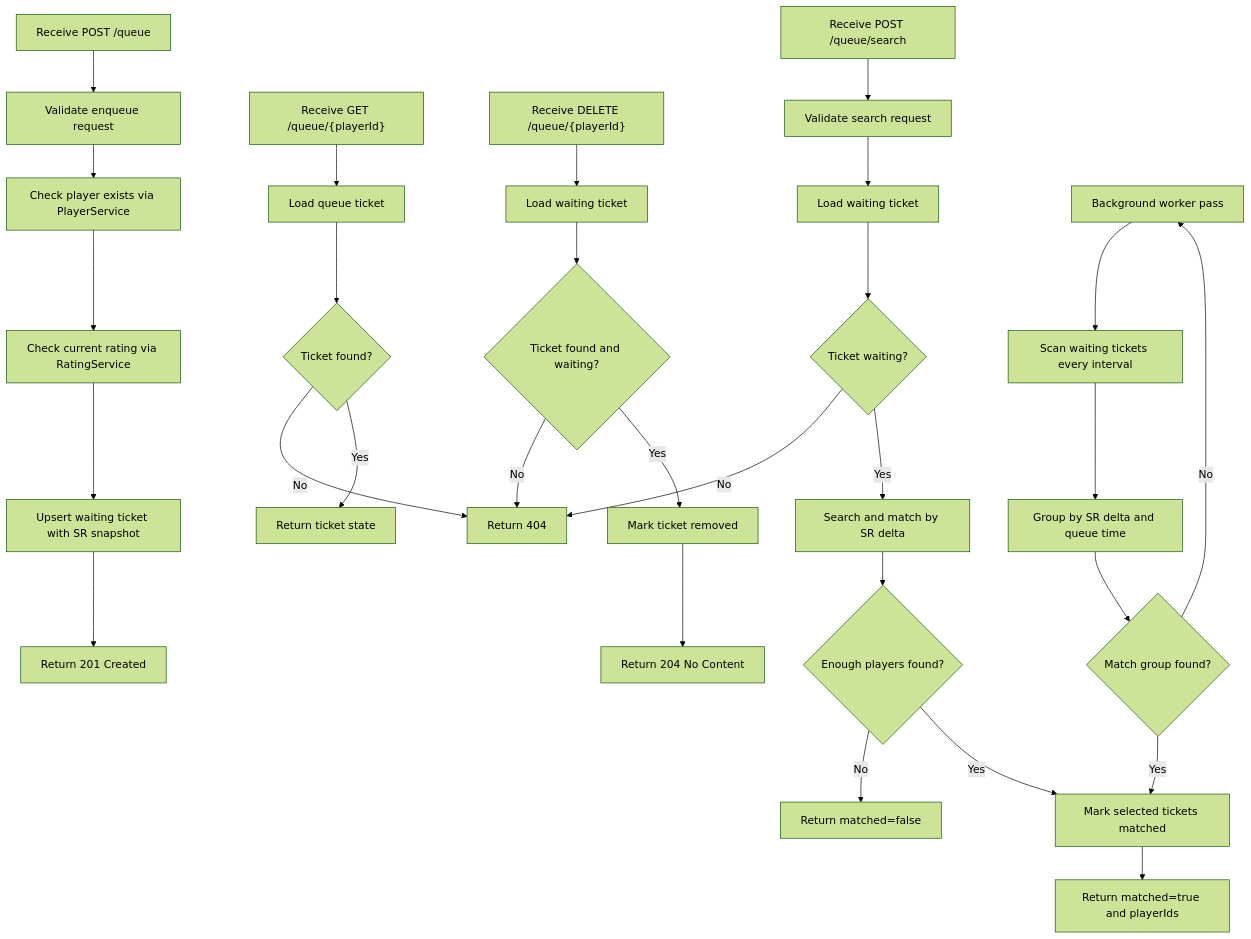
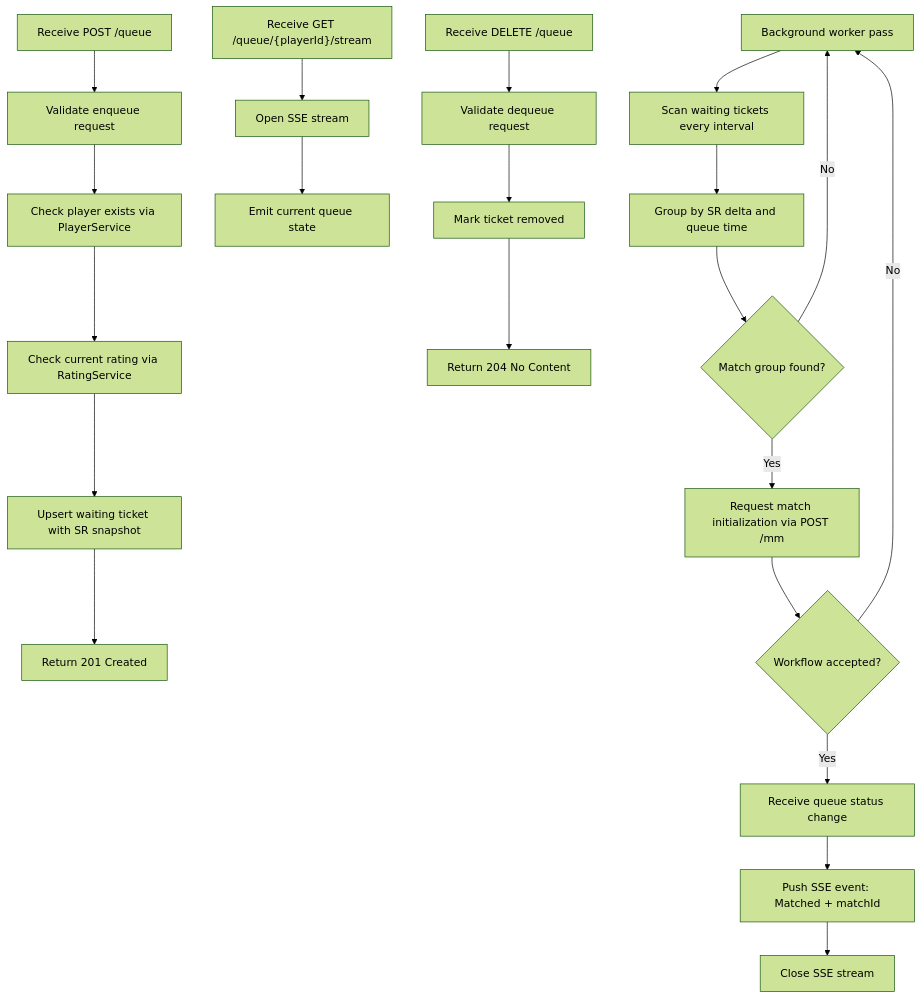
The fifth of 7 diagrams in docs/analysis-and-design.md (dpbL5/glicko2-matchmaking-system), drawn with Mermaid (forest theme) before and after one commit. The commit also changed other lines of this file, not shown here.

````diff
--- a/docs/analysis-and-design.md
+++ b/docs/analysis-and-design.md
@@ -339,31 +339,23 @@
 ```mermaid
 flowchart TD
     A[Receive POST /queue] --> B[Validate enqueue request]
     B --> C[Check player exists via PlayerService]
     C --> D[Check current rating via RatingService]
     D --> E[Upsert waiting ticket with SR snapshot]
     E --> F[Return 201 Created]
-    G["Receive GET /queue/{playerId}"] --> H[Load queue ticket]
-    H --> I{Ticket found?}
-    I -->|No| J[Return 404]
-    I -->|Yes| K[Return ticket state]
-    L["Receive DELETE /queue/{playerId}"] --> M[Load waiting ticket]
-    M --> N{Ticket found and waiting?}
-    N -->|No| J
-    N -->|Yes| O[Mark ticket removed]
-    O --> P[Return 204 No Content]
-    Q[Receive POST /queue/search] --> R[Validate search request]
-    R --> S[Load waiting ticket]
-    S --> T{Ticket waiting?}
-    T -->|No| J
-    T -->|Yes| U[Search and match by SR delta]
-    U --> V{Enough players found?}
-    V -->|No| W[Return matched=false]
-    V -->|Yes| X[Mark selected tickets matched]
-    X --> Y[Return matched=true and playerIds]
-    Z[Background worker pass] --> AA[Scan waiting tickets every interval]
-    AA --> AB[Group by SR delta and queue time]
-    AB --> AC{Match group found?}
-    AC -->|No| Z
-    AC -->|Yes| X
+    G["Receive GET /queue/{playerId}/stream"] --> H[Open SSE stream]
+    H --> I[Emit current queue state]
+    J["Receive DELETE /queue"] --> K[Validate dequeue request]
+    K --> L[Mark ticket removed]
+    L --> M[Return 204 No Content]
+    N[Background worker pass] --> O[Scan waiting tickets every interval]
+    O --> P[Group by SR delta and queue time]
+    P --> Q{Match group found?}
+    Q -->|No| N
+    Q -->|Yes| R[Request match initialization via POST /mm]
+    R --> S{Workflow accepted?}
+    S -->|No| N
+    S -->|Yes| T[Receive queue status change]
+    T --> U[Push SSE event: Matched + matchId]
+    U --> V[Close SSE stream]
 ```
````
